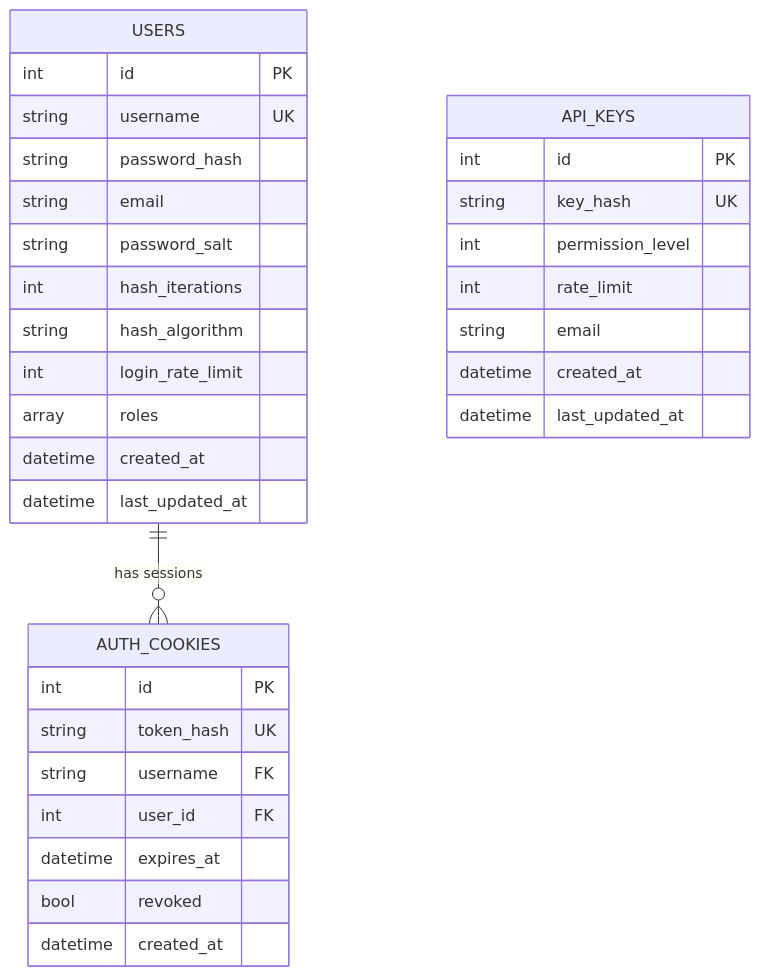
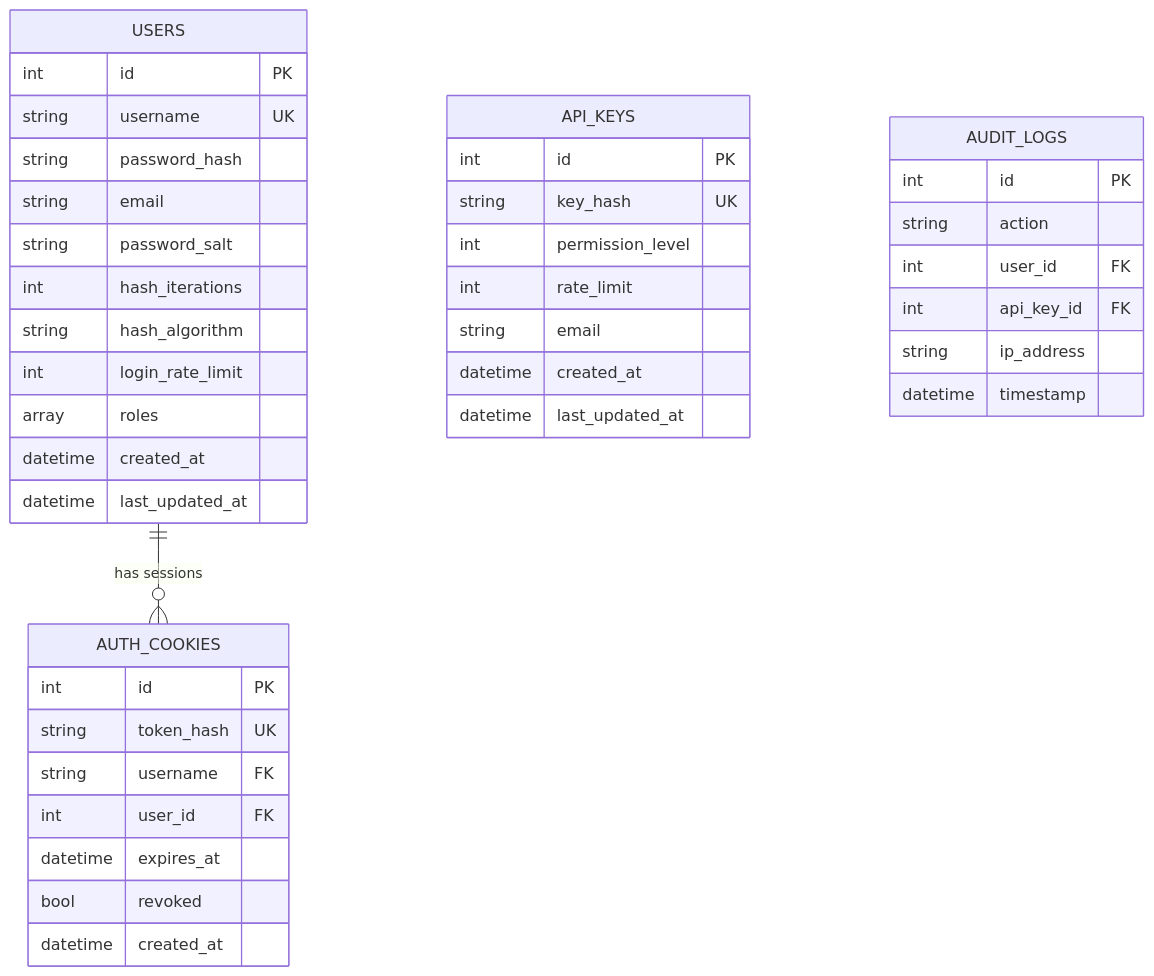
The diagram in docs/DATABASE.md (Franktorio/database-service), drawn with Mermaid before and after one commit. The commit also changed other lines of this file and 19 other files, not shown here.

````diff
--- a/docs/DATABASE.md
+++ b/docs/DATABASE.md
@@ -123,35 +139,43 @@
 ```mermaid
 erDiagram
     USERS ||--o{ AUTH_COOKIES : "has sessions"
     USERS {
         int id PK
         string username UK
         string password_hash
         string email
         string password_salt
         int hash_iterations
         string hash_algorithm
         int login_rate_limit
         array roles
         datetime created_at
         datetime last_updated_at
     }
     AUTH_COOKIES {
         int id PK
         string token_hash UK
         string username FK
         int user_id FK
         datetime expires_at
         bool revoked
         datetime created_at
     }
     API_KEYS {
         int id PK
         string key_hash UK
         int permission_level
         int rate_limit
         string email
         datetime created_at
         datetime last_updated_at
     }
+    AUDIT_LOGS {
+        int id PK
+        string action
+        int user_id FK
+        int api_key_id FK
+        string ip_address
+        datetime timestamp
+    }
 ```
````
